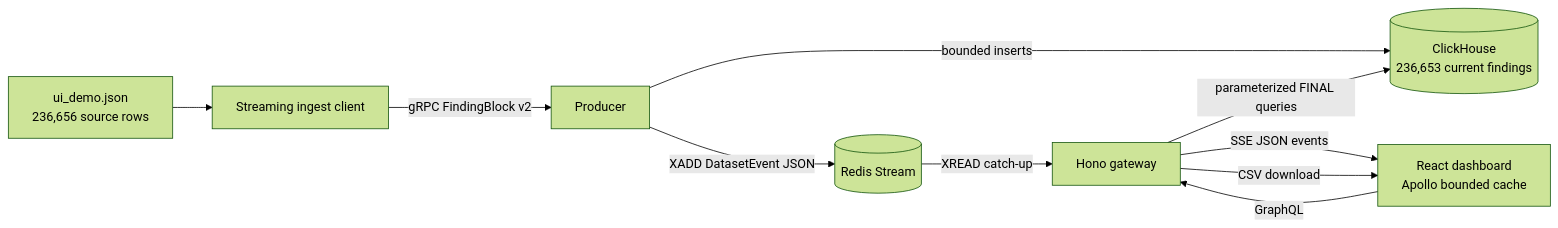
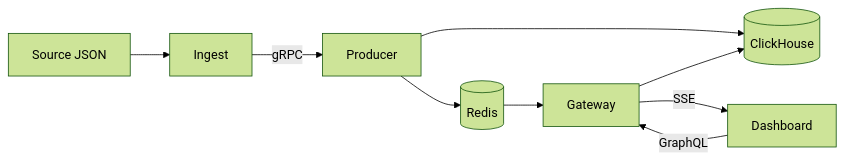
Before and after one commit to atiq-playground/react-hono-grpc-graphql-sse-apollo: the diagram in README.md, drawn with Mermaid (forest theme). The commit also changed other lines of this file and 8 other files, not shown here.

````diff
--- a/README.md
+++ b/README.md
@@ -10,12 +20,12 @@
 ```mermaid
+%%{init: {"flowchart": {"useMaxWidth": false}}}%%
 flowchart LR
-  Source["ui_demo.json<br/>236,656 source rows"] --> Ingest["Streaming ingest client"]
-  Ingest -->|"gRPC FindingBlock v2"| Producer["Producer"]
-  Producer -->|"bounded inserts"| CH[("ClickHouse<br/>236,653 current findings")]
-  Producer -->|"XADD DatasetEvent JSON"| Redis[("Redis Stream")]
-  Browser["React dashboard<br/>Apollo bounded cache"] -->|"GraphQL"| Gateway["Hono gateway"]
-  Gateway -->|"parameterized FINAL queries"| CH
-  Redis -->|"XREAD catch-up"| Gateway
-  Gateway -->|"SSE JSON events"| Browser
-  Gateway -->|"CSV download"| Browser
+  Source["Source JSON"] --> Ingest["Ingest"]
+  Ingest -->|"gRPC"| Producer["Producer"]
+  Producer --> CH[("ClickHouse")]
+  Producer --> Redis[("Redis")]
+  Dashboard["Dashboard"] -->|"GraphQL"| Gateway["Gateway"]
+  Gateway --> CH
+  Redis --> Gateway
+  Gateway -->|"SSE"| Dashboard
 ```
````
